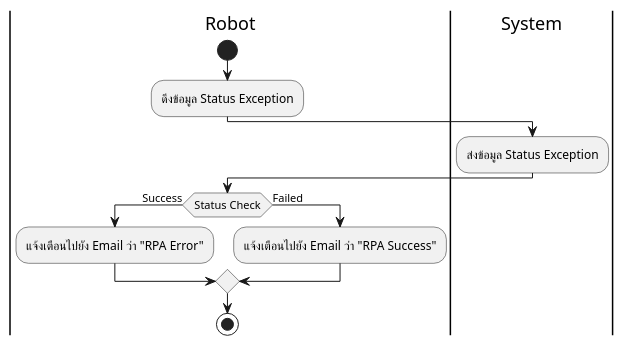
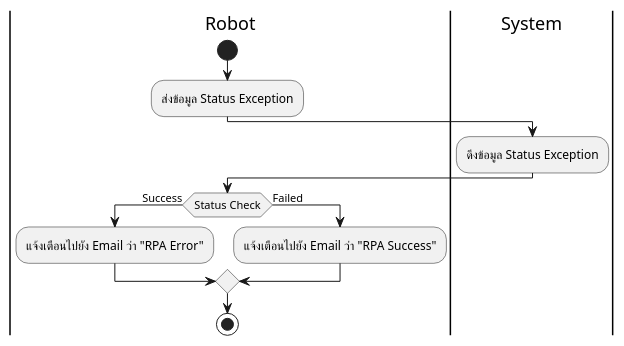
The diagram in Robot Activity/u8-email notification.wsd (Meenkonlapat/RPA-Project), drawn with PlantUML before and after one commit. The commit also changed other lines of this file and 1 other file, not shown here.

```diff
--- a/Robot Activity/u8-email notification.wsd
+++ b/Robot Activity/u8-email notification.wsd
@@ -1,14 +1,14 @@
 @startuml
 |Robot|
 start
+:ส่งข้อมูล Status Exception;
+|System|
 :ดึงข้อมูล Status Exception;
-|System|
-:ส่งข้อมูล Status Exception;
 |Robot|
 if(Status Check) then (Success)
 :แจ้งเตือนไปยัง Email ว่า "RPA Error";
 else(Failed)
 :แจ้งเตือนไปยัง Email ว่า "RPA Success";
 endif
 stop
 @enduml
```
